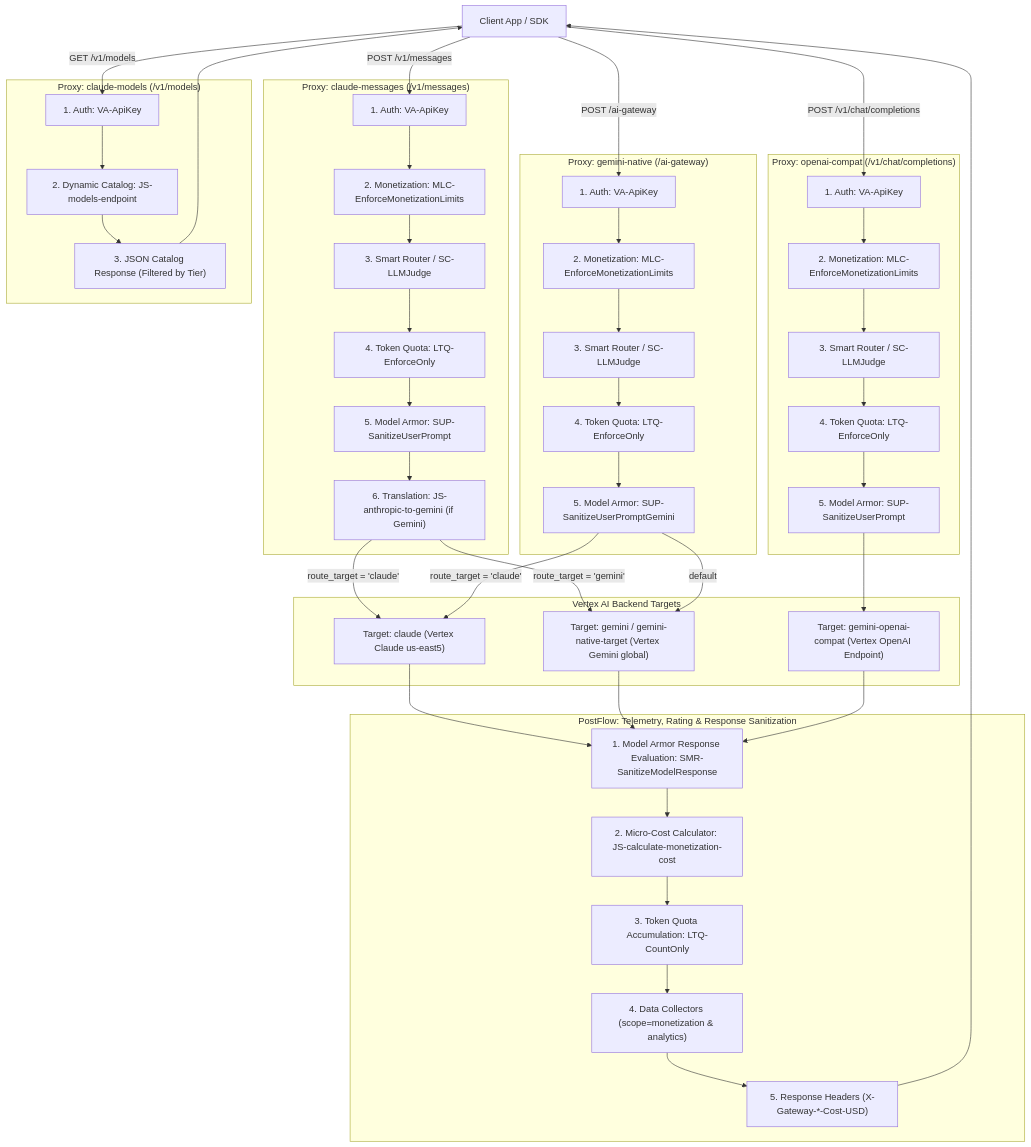
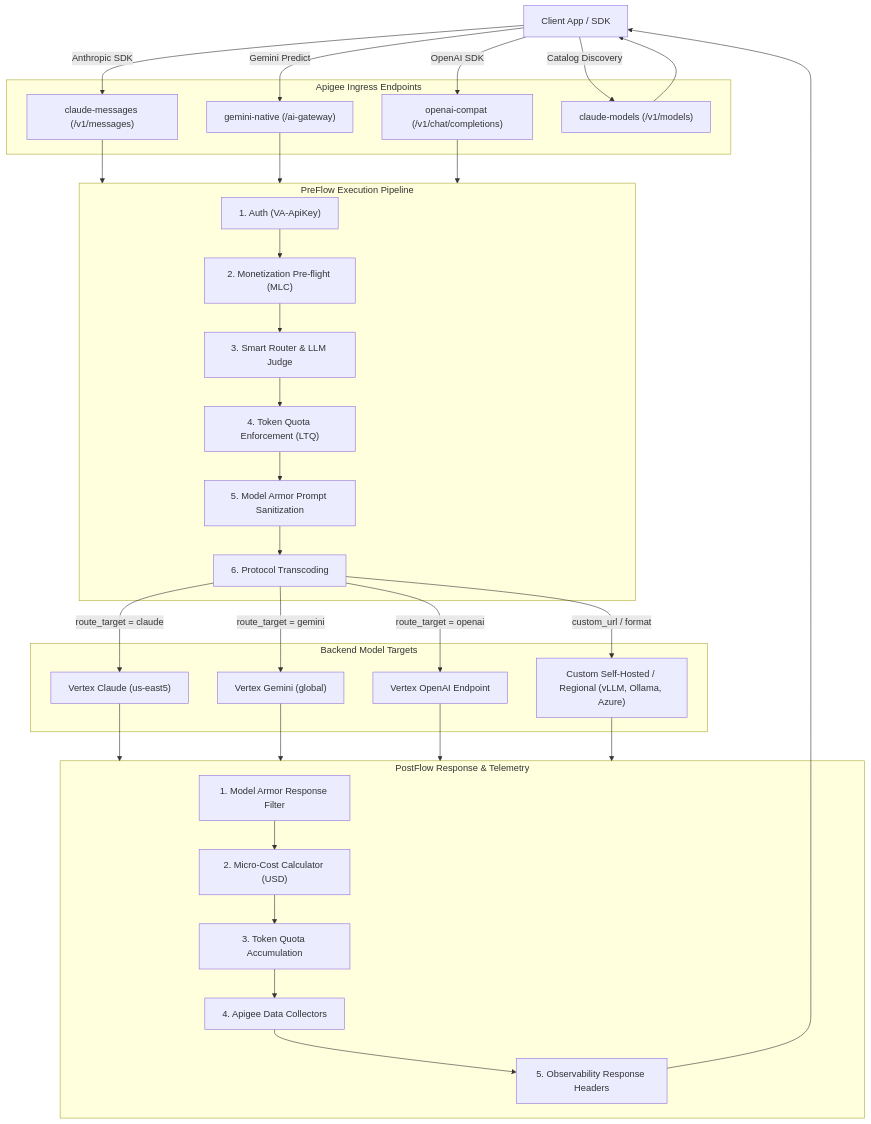
One commit to ra2085/ai-gw-sample changed the diagram in README.md. Above: the diagram before and after it, drawn with Mermaid. The commit also changed other lines of this file and 84 other files, not shown here.

````diff
--- a/README.md
+++ b/README.md
@@ -25,95 +32,60 @@
 ```mermaid
 graph TD
-    Client[Client App / SDK]
+    Client["Client App / SDK"]
 
-    %% ----------------------------------------------------
-    %% Claude Endpoint Flow
-    %% ----------------------------------------------------
-    subgraph EP_Claude["Proxy: claude-messages (/v1/messages)"]
-        VA_C["1. Auth: VA-ApiKey"]
-        MLC_C["2. Monetization: MLC-EnforceMonetizationLimits"]
-        Judge_C["3. Smart Router / SC-LLMJudge"]
-        LTQ_C["4. Token Quota: LTQ-EnforceOnly"]
-        MA_C["5. Model Armor: SUP-SanitizeUserPrompt"]
-        XLATE_C["6. Translation: JS-anthropic-to-gemini (if Gemini)"]
-        
-        VA_C --> MLC_C --> Judge_C --> LTQ_C --> MA_C --> XLATE_C
+    subgraph Ingress["Apigee Ingress Endpoints"]
+        EP_Claude["claude-messages (/v1/messages)"]
+        EP_Gemini["gemini-native (/ai-gateway)"]
+        EP_OpenAI["openai-compat (/v1/chat/completions)"]
+        EP_Models["claude-models (/v1/models)"]
     end
 
-    %% ----------------------------------------------------
-    %% Gemini Native Endpoint Flow
-    %% ----------------------------------------------------
-    subgraph EP_Gemini["Proxy: gemini-native (/ai-gateway)"]
-        VA_G["1. Auth: VA-ApiKey"]
-        MLC_G["2. Monetization: MLC-EnforceMonetizationLimits"]
-        Judge_G["3. Smart Router / SC-LLMJudge"]
-        LTQ_G["4. Token Quota: LTQ-EnforceOnly"]
-        MA_G["5. Model Armor: SUP-SanitizeUserPromptGemini"]
+    subgraph Pipeline["PreFlow Execution Pipeline"]
+        Auth["1. Auth (VA-ApiKey)"]
+        MLC["2. Monetization Pre-flight (MLC)"]
+        Judge["3. Smart Router & LLM Judge"]
+        Quota["4. Token Quota Enforcement (LTQ)"]
+        Armor["5. Model Armor Prompt Sanitization"]
+        Xlate["6. Protocol Transcoding"]
         
-        VA_G --> MLC_G --> Judge_G --> LTQ_G --> MA_G
+        Auth --> MLC --> Judge --> Quota --> Armor --> Xlate
     end
 
-    %% ----------------------------------------------------
-    %% OpenAI Endpoint Flow
-    %% ----------------------------------------------------
-    subgraph EP_OpenAI["Proxy: openai-compat (/v1/chat/completions)"]
-        VA_O["1. Auth: VA-ApiKey"]
-        MLC_O["2. Monetization: MLC-EnforceMonetizationLimits"]
-        Judge_O["3. Smart Router / SC-LLMJudge"]
-        LTQ_O["4. Token Quota: LTQ-EnforceOnly"]
-        MA_O["5. Model Armor: SUP-SanitizeUserPrompt"]
-        
-        VA_O --> MLC_O --> Judge_O --> LTQ_O --> MA_O
+    subgraph Targets["Backend Model Targets"]
+        T_Claude["Vertex Claude (us-east5)"]
+        T_Gemini["Vertex Gemini (global)"]
+        T_OpenAI["Vertex OpenAI Endpoint"]
+        T_Custom["Custom Self-Hosted / Regional (vLLM, Ollama, Azure)"]
     end
 
-    %% ----------------------------------------------------
-    %% Models Catalog Flow
-    %% ----------------------------------------------------
-    subgraph EP_Models["Proxy: claude-models (/v1/models)"]
-        VA_M["1. Auth: VA-ApiKey"]
-        CAT_M["2. Dynamic Catalog: JS-models-endpoint"]
-        RESP_M["3. JSON Catalog Response (Filtered by Tier)"]
+    Client -->|Anthropic SDK| EP_Claude
+    Client -->|Gemini Predict| EP_Gemini
+    Client -->|OpenAI SDK| EP_OpenAI
+    Client -->|Catalog Discovery| EP_Models
+
+    EP_Claude --> Pipeline
+    EP_Gemini --> Pipeline
+    EP_OpenAI --> Pipeline
+
+    Xlate -->|route_target = claude| T_Claude
+    Xlate -->|route_target = gemini| T_Gemini
+    Xlate -->|route_target = openai| T_OpenAI
+    Xlate -->|custom_url / format| T_Custom
+
+    subgraph Egress["PostFlow Response & Telemetry"]
+        SMR["1. Model Armor Response Filter"]
+        Calc["2. Micro-Cost Calculator (USD)"]
+        LTQ_Cnt["3. Token Quota Accumulation"]
+        DC["4. Apigee Data Collectors"]
+        Hdrs["5. Observability Response Headers"]
         
-        VA_M --> CAT_M --> RESP_M
+        SMR --> Calc --> LTQ_Cnt --> DC --> Hdrs
     end
 
-    Client -->|POST /v1/messages| VA_C
-    Client -->|POST /ai-gateway| VA_G
-    Client -->|POST /v1/chat/completions| VA_O
-    Client -->|GET /v1/models| VA_M
-
-    %% ----------------------------------------------------
-    %% Backend Targets
-    %% ----------------------------------------------------
-    subgraph Targets["Vertex AI Backend Targets"]
-        T_Claude["Target: claude (Vertex Claude us-east5)"]
-        T_Gemini["Target: gemini / gemini-native-target (Vertex Gemini global)"]
-        T_OpenAI["Target: gemini-openai-compat (Vertex OpenAI Endpoint)"]
-    end
-
-    XLATE_C -->|route_target = 'claude'| T_Claude
-    XLATE_C -->|route_target = 'gemini'| T_Gemini
-    MA_G -->|route_target = 'claude'| T_Claude
-    MA_G -->|default| T_Gemini
-    MA_O --> T_OpenAI
-
-    %% ----------------------------------------------------
-    %% PostFlow Execution
-    %% ----------------------------------------------------
-    subgraph PostFlow_Pipeline["PostFlow: Telemetry, Rating & Response Sanitization"]
-        SMR["1. Model Armor Response Evaluation: SMR-SanitizeModelResponse"]
-        COST["2. Micro-Cost Calculator: JS-calculate-monetization-cost"]
-        LTQ_CNT["3. Token Quota Accumulation: LTQ-CountOnly"]
-        DC_CAPT["4. Data Collectors (scope=monetization & analytics)"]
-        HDRS["5. Response Headers (X-Gateway-*-Cost-USD)"]
-        
-        SMR --> COST --> LTQ_CNT --> DC_CAPT --> HDRS
-    end
-
-    T_Claude --> SMR
-    T_Gemini --> SMR
-    T_OpenAI --> SMR
-
-    HDRS --> Client
-    RESP_M --> Client
+    T_Claude --> Egress
+    T_Gemini --> Egress
+    T_OpenAI --> Egress
+    T_Custom --> Egress
+    Hdrs --> Client
+    EP_Models --> Client
 ```
````
